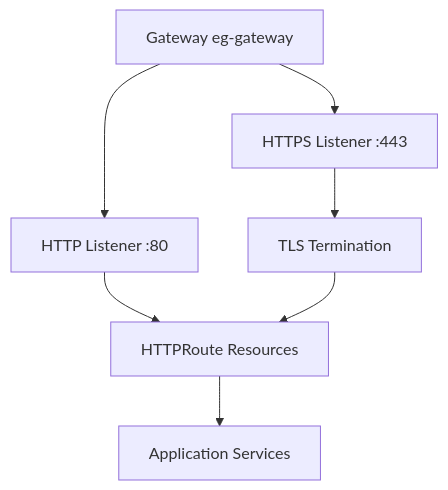
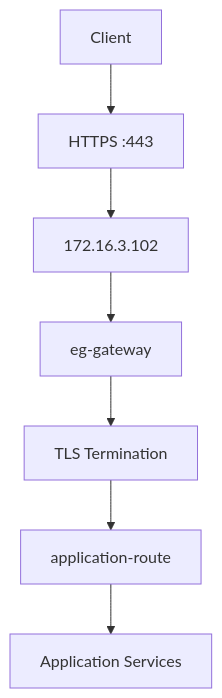
Before and after one commit to ahmed-sayed-devops/microservices-platform-gitops: the third of 18 diagrams in docs/03-gateway-api/README.md, drawn with Mermaid. The commit also changed other lines of this file, not shown here.

Commit message:
docs: update Gateway API documentation with TLS

````diff
--- a/docs/03-gateway-api/README.md
+++ b/docs/03-gateway-api/README.md
@@ -295,16 +181,17 @@
 ```mermaid
 graph TD
-    Gateway[Gateway eg-gateway]
-    HTTP[HTTP Listener :80]
-    HTTPS[HTTPS Listener :443]
-    TLS[TLS Termination]
-    Routes[HTTPRoute Resources]
-    Services[Application Services]
+    CLIENT["Client"]
+    HTTPS["HTTPS :443"]
+    VIP["172.16.3.102"]
+    GATEWAY["eg-gateway"]
+    TLS["TLS Termination"]
+    ROUTE["application-route"]
+    SERVICES["Application Services"]
 
-    Gateway --> HTTP
-    Gateway --> HTTPS
-    HTTPS --> TLS
-    HTTP --> Routes
-    TLS --> Routes
-    Routes --> Services
+    CLIENT --> HTTPS
+    HTTPS --> VIP
+    VIP --> GATEWAY
+    GATEWAY --> TLS
+    TLS --> ROUTE
+    ROUTE --> SERVICES
 ```
````
